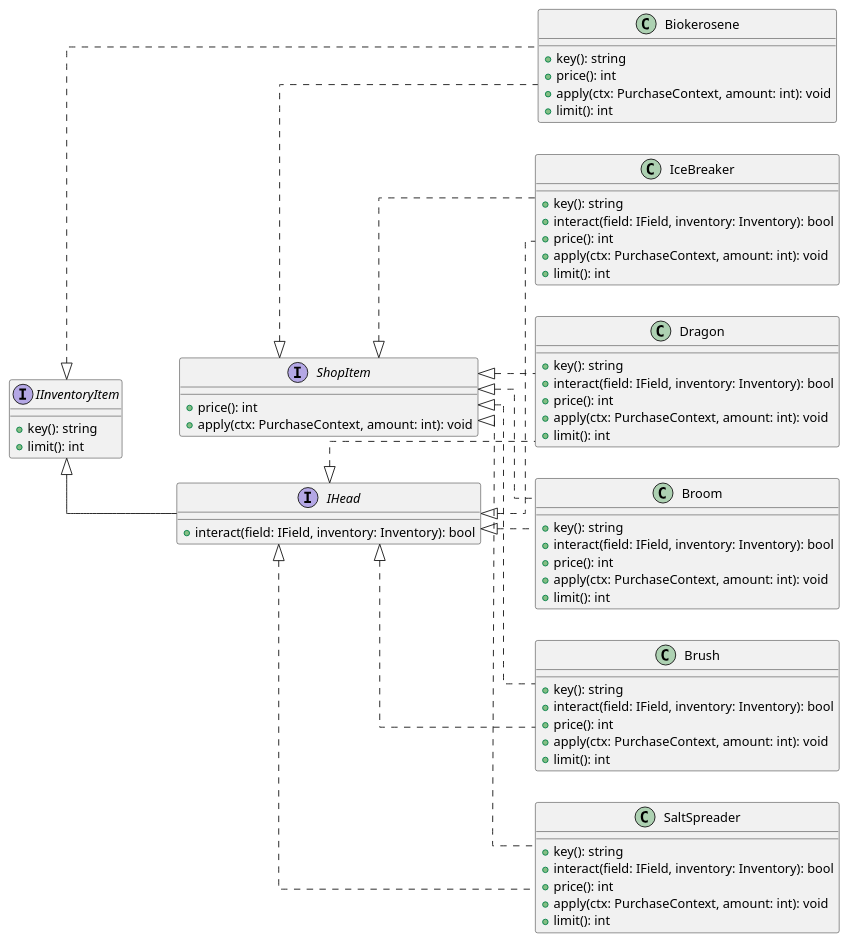
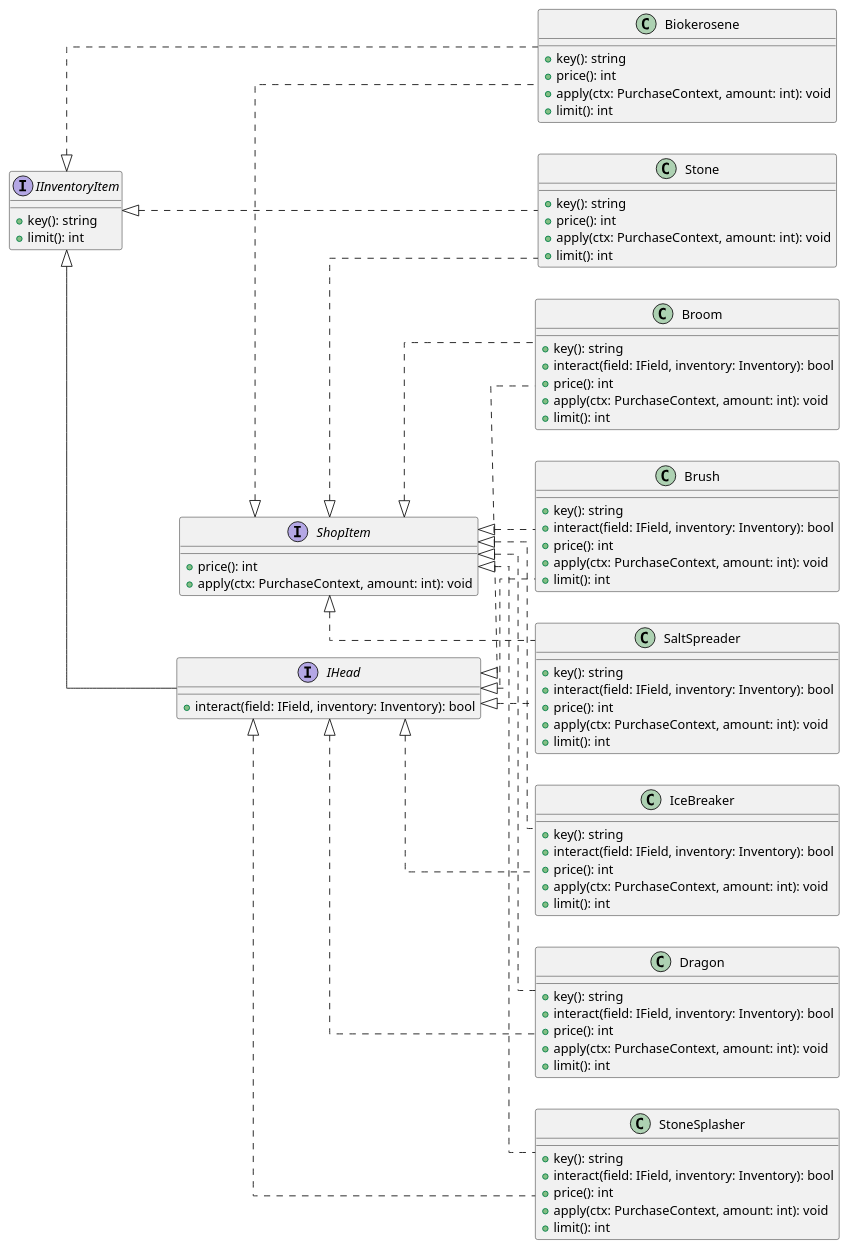
One commit to uhrinandor/spring changed the diagram in docs/analizis1/classdiagram/5.plantuml. Above: the diagram before and after it, drawn with PlantUML.

Commit message:
stone and stonesplasher

```diff
--- a/docs/analizis1/classdiagram/5.plantuml
+++ b/docs/analizis1/classdiagram/5.plantuml
@@ -1,84 +1,93 @@
 @startuml
 left to right direction
 
 skinparam linetype ortho
 
        interface IInventoryItem{
            + key(): string
            + limit(): int
        }
 
 
        interface IHead implements IInventoryItem{
            + interact(field: IField, inventory: Inventory): bool
        }
 
 
 
  class Broom implements IHead, ShopItem
     {
     +key(): string
     +interact(field: IField, inventory: Inventory): bool
     +price(): int
     +apply(ctx: PurchaseContext, amount: int): void
     + limit(): int
     }
     
     class Brush implements IHead, ShopItem
     {
     +key(): string
     +interact(field: IField, inventory: Inventory): bool
     +price(): int
     +apply(ctx: PurchaseContext, amount: int): void
     + limit(): int
     }
     
     class SaltSpreader implements IHead, ShopItem
     {
     +key(): string
     +interact(field: IField, inventory: Inventory): bool
     +price(): int
     +apply(ctx: PurchaseContext, amount: int): void
     + limit(): int
     }
     
     class IceBreaker implements IHead, ShopItem
     {
     +key(): string
     +interact(field: IField, inventory: Inventory): bool
     +price(): int
     +apply(ctx: PurchaseContext, amount: int): void
     + limit(): int
     }
     
     class Dragon implements IHead, ShopItem
     {
     +key(): string
     +interact(field: IField, inventory: Inventory): bool
     +price(): int
     +apply(ctx: PurchaseContext, amount: int): void
     + limit(): int
     }
 
+    class StoneSplasher implements IHead, ShopItem
+    {
+    +key(): string
+    +interact(field: IField, inventory: Inventory): bool
+    +price(): int
+    +apply(ctx: PurchaseContext, amount: int): void
+    + limit(): int
+    }
+
 
 class Biokerosene implements IInventoryItem, ShopItem
     {
     +key(): string
     +price(): int
     +apply(ctx: PurchaseContext, amount: int): void
     + limit(): int
     }
 
-
+class Stone implements IInventoryItem, ShopItem
+    {
+    +key(): string
+    +price(): int
+    +apply(ctx: PurchaseContext, amount: int): void
+    + limit(): int
+    }
 
    interface ShopItem{
        + price(): int
        + apply(ctx: PurchaseContext, amount: int): void
    }
-
-
-
-
-
-
 @enduml
```
